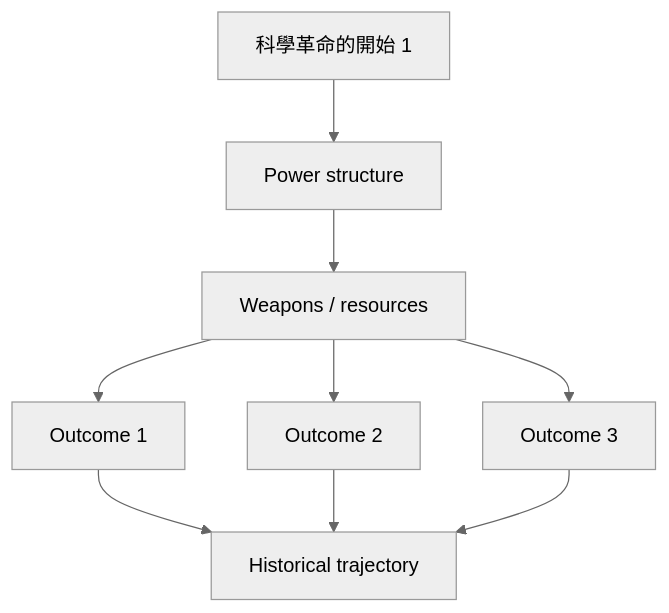
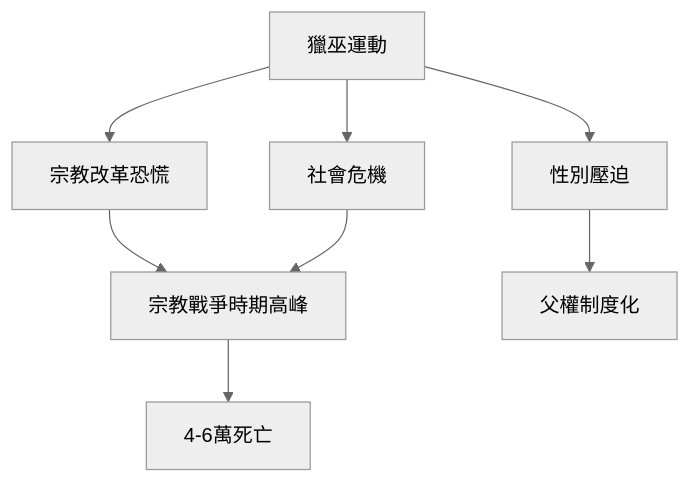
The fourth of 10 diagrams in 02_Harvard_Courses/Fall_Courses/Hist55_Early_Modern_Europe.md (yip-lgtm/HKU-Harvard-History-Self-Study), drawn with Mermaid (neutral theme) before and after one commit. The commit also changed other lines of this file and 65 other files, not shown here.

````diff
--- a/02_Harvard_Courses/Fall_Courses/Hist55_Early_Modern_Europe.md
+++ b/02_Harvard_Courses/Fall_Courses/Hist55_Early_Modern_Europe.md
@@ -224,11 +165,10 @@
 ```mermaid
 graph TD
-    A[科學革命的開始 1] --> B[Power structure]
-    B --> C[Weapons / resources]
-    C --> D[Outcome 1]
-    C --> E[Outcome 2]
-    C --> F[Outcome 3]
-    D --> G[Historical trajectory]
-    E --> G
-    F --> G
+    A[獵巫運動] --> B[宗教改革恐慌]
+    A --> C[社會危機]
+    A --> D[性別壓迫]
+    B --> E[宗教戰爭時期高峰]
+    C --> E
+    D --> F[父權制度化]
+    E --> G[4-6萬死亡]
 ```
````
